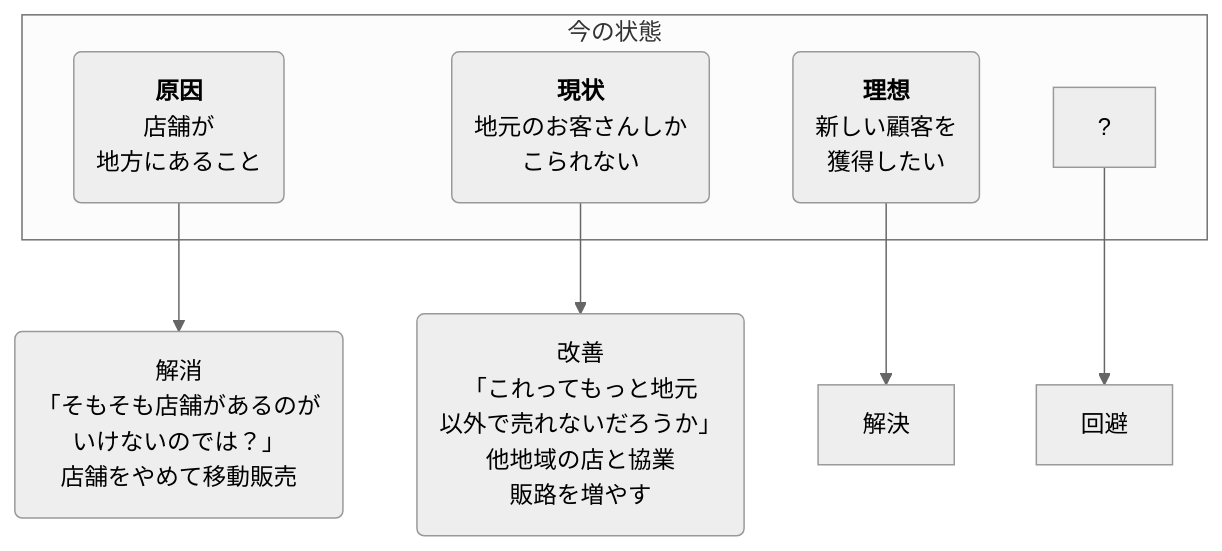
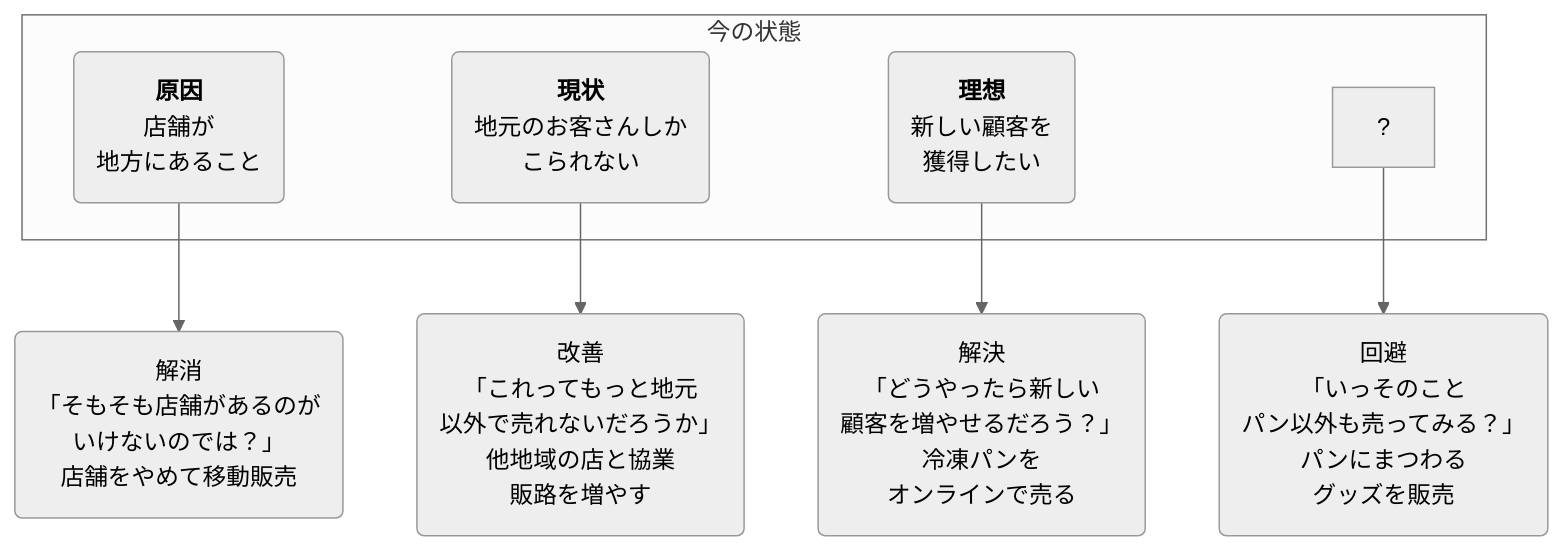
One commit to JunSasaki0077/obsidian changed the fourth of 4 diagrams in 読書/発想の回路.md. Above: the diagram before and after it, drawn with Mermaid (neutral theme). The commit also changed other lines of this file, not shown here.

Commit message:
vault backup: 2026-04-10 22:34:48

````diff
--- a/読書/発想の回路.md
+++ b/読書/発想の回路.md
@@ -104,29 +104,39 @@
 ```mermaid
  graph TD
     c-->d;
     b-->e;
-    a-->解決;
-    ?-->回避;
+    a-->f;
+    ?-->g;
     d("解消
     「そもそも店舗があるのが
     いけないのでは？」
     店舗をやめて移動販売")
     e("改善
     「これってもっと地元
     以外で売れないだろうか」
     他地域の店と協業
     販路を増やす")
+    f("解決
+    「どうやったら新しい
+    顧客を増やせるだろう？」
+    冷凍パンを
+    オンラインで売る")
+    g("回避
+    「いっそのこと
+    パン以外も売ってみる？」
+    パンにまつわる
+    グッズを販売")
     subgraph ide1 [今の状態]
     b("`**現状**
     地元のお客さんしか
     こられない`");
     c("`**原因**
     店舗が
     地方にあること`");
     a("`**理想**
     新しい顧客を
     獲得したい`");
     ?;
     end
 
 ```
````
